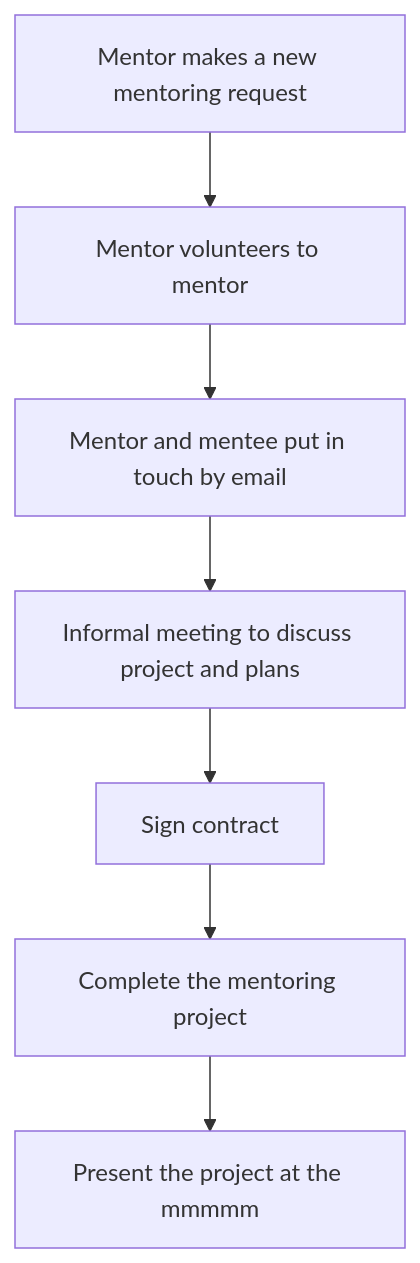
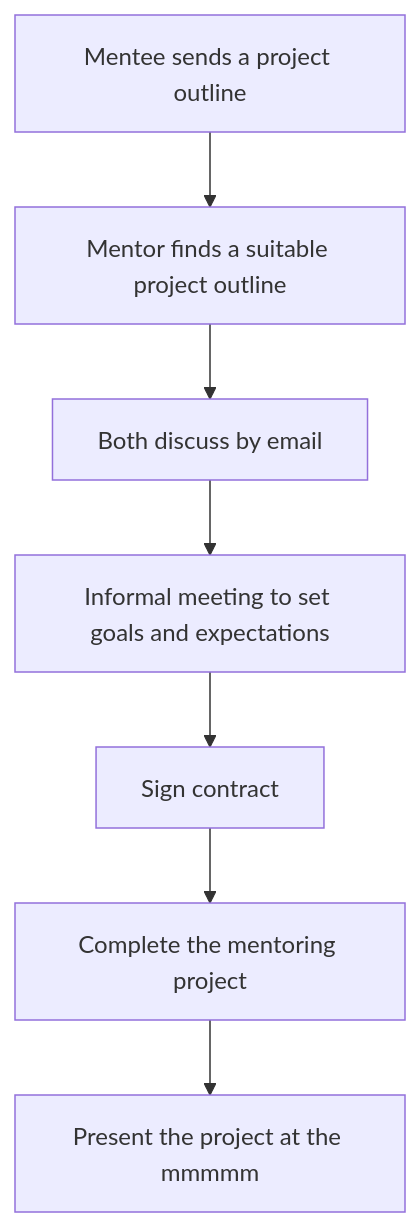
One commit to NES-DEW/KIND-community-standards changed the diagram in mentoring.qmd. Above: the diagram before and after it, drawn with Mermaid. The commit also changed other lines of this file and 1 other file, not shown here.

Commit message:
tweaked mentoring page

````diff
--- a/mentoring.qmd
+++ b/mentoring.qmd
@@ -21,19 +54,19 @@
 ```{mermaid}
 %%| fig-width: 6
 %%| fig-height: 8
 
 graph TD;
 
-request["Mentor makes a new mentoring request"] --> mentorfinds["Mentor volunteers to mentor"]
+request["Mentee sends a project outline"] --> mentorfinds["Mentor finds a suitable project outline"]
 
-mentorfinds --> email["Mentor and mentee put in touch by email"]
+mentorfinds --> email["Both discuss by email"]
 
-email --> meeting["Informal meeting to discuss project and plans"]
+email --> meeting["Informal meeting to set goals and expectations"]
 
 meeting -->  contract["Sign contract"]
 
 contract --> complete["Complete the mentoring project"]
 
 complete --> present["Present the project at the mmmmm"]
 
 ```
````
